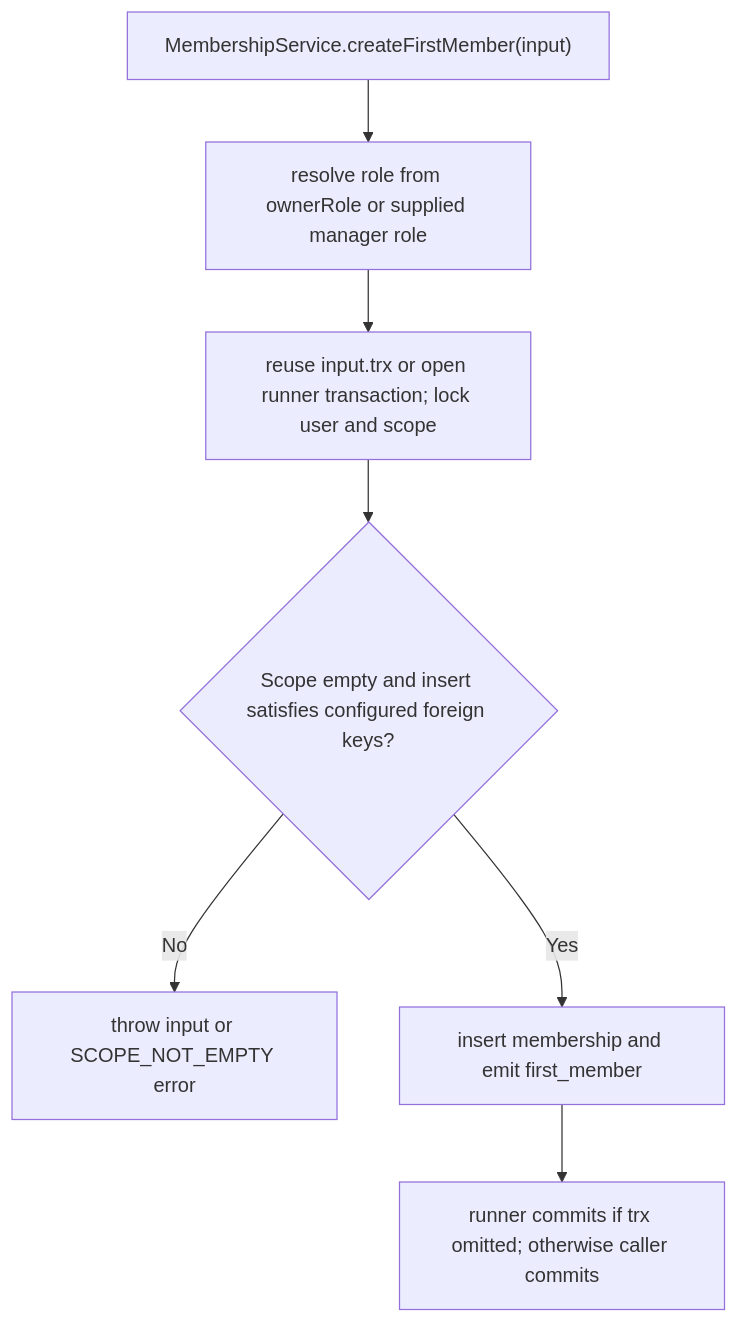
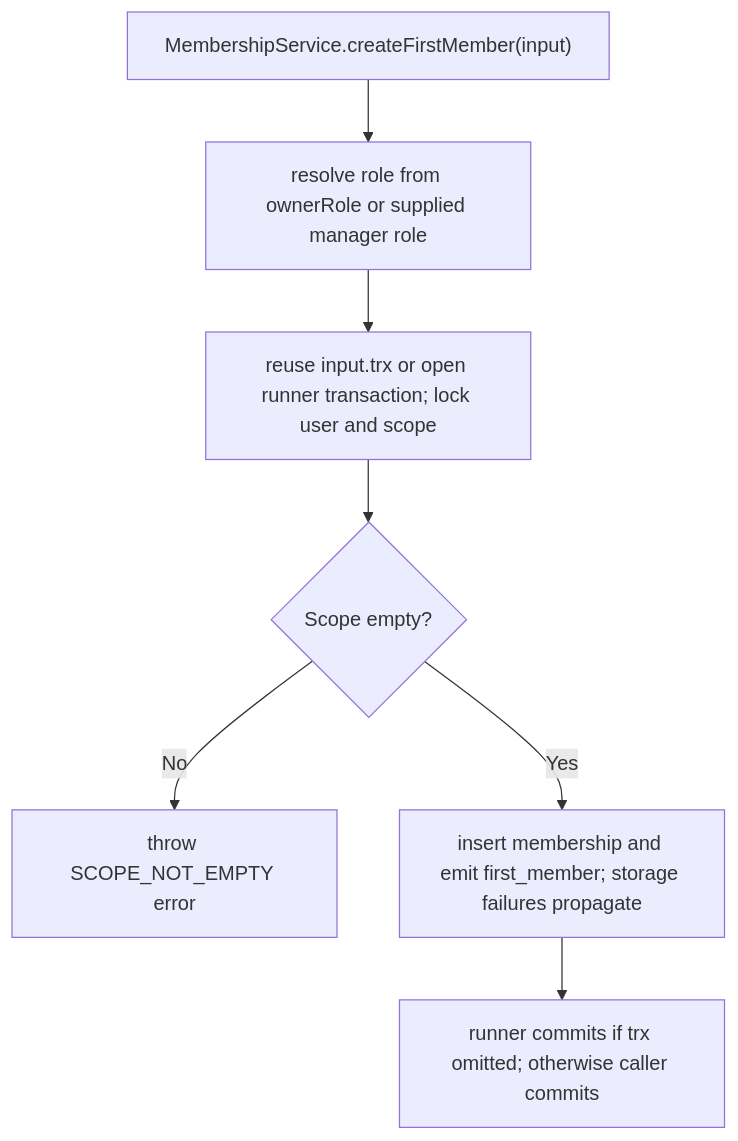
One commit to Kevinjohn/oss-adonisjs-access-control changed the second of 2 diagrams in user-stories/US-ACCESS-21-bootstrap-first-member.md. Above: the diagram before and after it, drawn with Mermaid. The commit also changed other lines of this file and 7 other files, not shown here.

Commit message:
docs: correct catalogue behavior and recovery flows

````diff
--- a/user-stories/US-ACCESS-21-bootstrap-first-member.md
+++ b/user-stories/US-ACCESS-21-bootstrap-first-member.md
@@ -32,9 +32,9 @@
 ```mermaid
 flowchart TD
     A["MembershipService.createFirstMember(input)"] --> B["resolve role from ownerRole or supplied manager role"]
     B --> C["reuse input.trx or open runner transaction; lock user and scope"]
-    C --> D{"Scope empty and insert satisfies configured foreign keys?"}
-    D -->|No| E["throw input or SCOPE_NOT_EMPTY error"]
-    D -->|Yes| F["insert membership and emit first_member"]
+    C --> D{"Scope empty?"}
+    D -->|No| E["throw SCOPE_NOT_EMPTY error"]
+    D -->|Yes| F["insert membership and emit first_member; storage failures propagate"]
     F --> G["runner commits if trx omitted; otherwise caller commits"]
 ```
````
